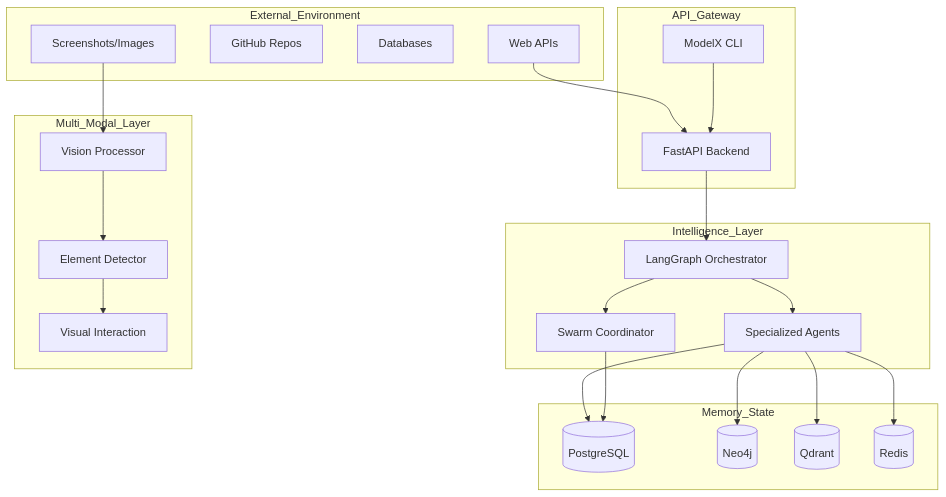
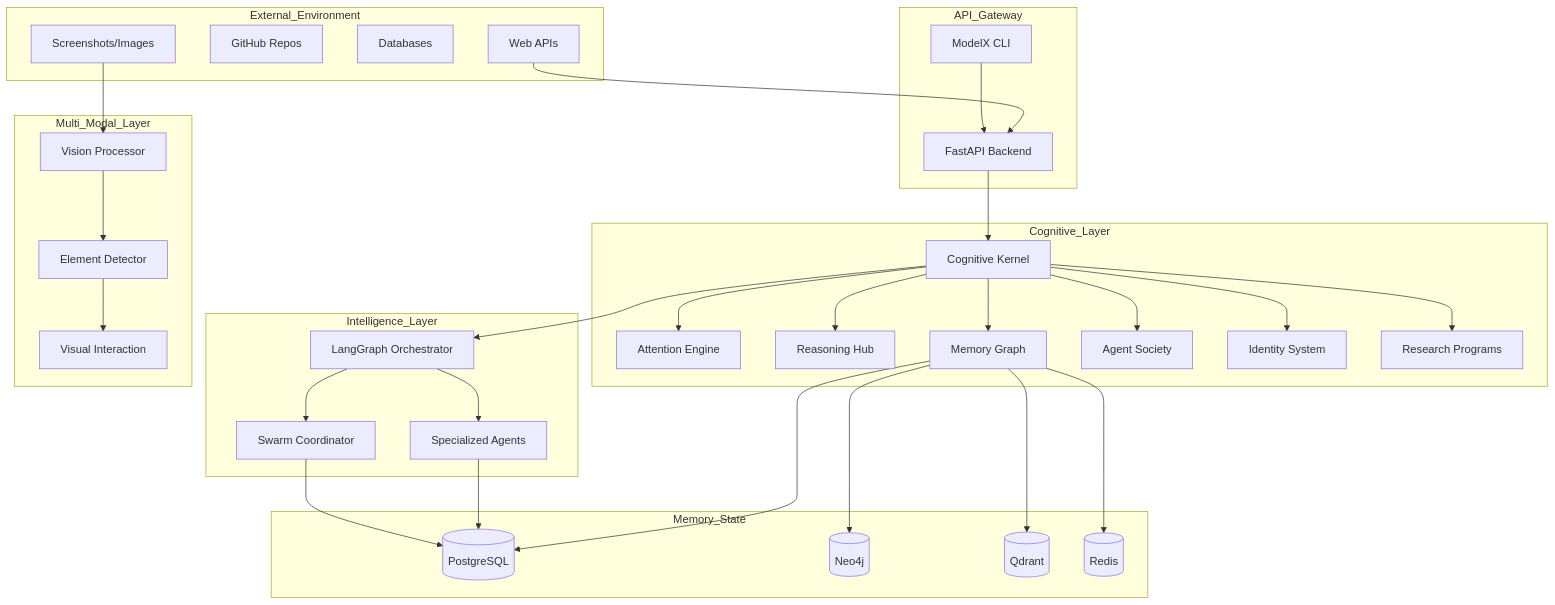
One commit to SelfSmartbrain/ModelX changed the first of 5 diagrams in README.md. Above: the diagram before and after it, drawn with Mermaid. The commit also changed other lines of this file, not shown here.

Commit message:
Update README with Phase 13 Cognitive OS documentation

````diff
--- a/README.md
+++ b/README.md
@@ -91,47 +104,65 @@
 ```mermaid
 flowchart TB
     subgraph External_Environment
         Web[Web APIs]
         Repos[GitHub Repos]
         DBs[Databases]
         Screenshots[Screenshots/Images]
     end
 
     subgraph API_Gateway
         FastAPI[FastAPI Backend]
         CLI[ModelX CLI]
+    end
+
+    subgraph Cognitive_Layer
+        Kernel[Cognitive Kernel]
+        Attention[Attention Engine]
+        Reasoning[Reasoning Hub]
+        MemoryGraph[Memory Graph]
+        Society[Agent Society]
+        Identity[Identity System]
+        Research[Research Programs]
     end
 
     subgraph Intelligence_Layer
         Orchestrator[LangGraph Orchestrator]
         Agents[Specialized Agents]
         Swarm[Swarm Coordinator]
     end
 
     subgraph Multi_Modal_Layer
         Vision[Vision Processor]
         Element[Element Detector]
         Visual[Visual Interaction]
     end
 
     subgraph Memory_State
         PostgreSQL[(PostgreSQL)]
         Neo4j[(Neo4j)]
         Qdrant[(Qdrant)]
         Redis[(Redis)]
     end
 
     Web --> FastAPI
     CLI --> FastAPI
-    FastAPI --> Orchestrator
+    FastAPI --> Kernel
+    Kernel --> Attention
+    Kernel --> Reasoning
+    Kernel --> MemoryGraph
+    Kernel --> Society
+    Kernel --> Identity
+    Kernel --> Research
+    Kernel --> Orchestrator
     Orchestrator --> Agents
     Orchestrator --> Swarm
     Screenshots --> Vision
     Vision --> Element
     Element --> Visual
+    MemoryGraph --> PostgreSQL
+    MemoryGraph --> Neo4j
+    MemoryGraph --> Qdrant
+    MemoryGraph --> Redis
     Agents --> PostgreSQL
-    Agents --> Neo4j
-    Agents --> Qdrant
-    Agents --> Redis
     Swarm --> PostgreSQL
 ```
````
